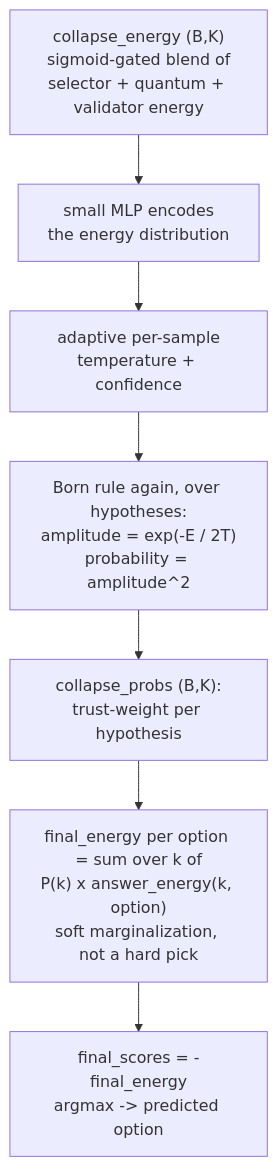
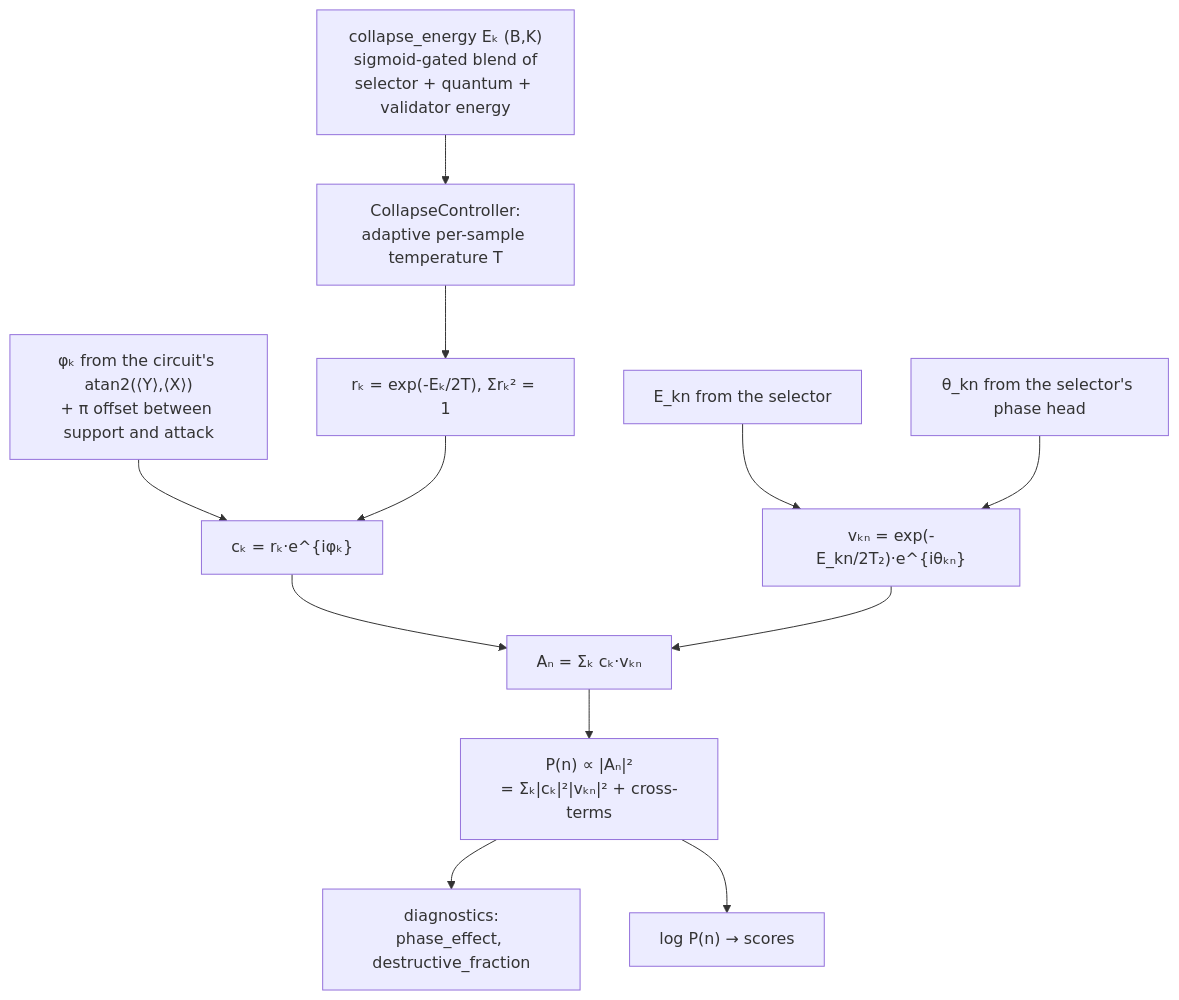
Before and after one commit to Thorfast191/qAIR-CSE499B: the sixth of 7 diagrams in README.md, drawn with Mermaid. The commit also changed other lines of this file and 25 other files, not shown here.

````diff
--- a/README.md
+++ b/README.md
@@ -390,9 +469,14 @@
 ```mermaid
 flowchart TD
-    CE["collapse_energy (B,K)<br/>sigmoid-gated blend of<br/>selector + quantum + validator energy"] --> ENC3["small MLP encodes<br/>the energy distribution"]
-    ENC3 --> TC["adaptive per-sample<br/>temperature + confidence"]
-    TC --> BORN2["Born rule again, over hypotheses:<br/>amplitude = exp(-E / 2T)<br/>probability = amplitude^2"]
-    BORN2 --> PROBS["collapse_probs (B,K):<br/>trust-weight per hypothesis"]
-    PROBS --> MARG2["final_energy per option = sum over k of<br/>P(k) x answer_energy(k, option)<br/>soft marginalization, not a hard pick"]
-    MARG2 --> ANSWER["final_scores = -final_energy<br/>argmax -> predicted option"]
+    CE["collapse_energy Eₖ (B,K)<br/>sigmoid-gated blend of<br/>selector + quantum + validator energy"] --> TC["CollapseController:<br/>adaptive per-sample temperature T"]
+    TC --> AMP["rₖ = exp(-Eₖ/2T), Σrₖ² = 1"]
+    PH["φₖ from the circuit's atan2(⟨Y⟩,⟨X⟩)<br/>+ π offset between support and attack"] --> CK["cₖ = rₖ·e^{iφₖ}"]
+    AMP --> CK
+    EKN["E_kn from the selector"] --> VKN["vₖₙ = exp(-E_kn/2T₂)·e^{iθₖₙ}"]
+    TH["θ_kn from the selector's phase head"] --> VKN
+    CK --> SUM["Aₙ = Σₖ cₖ·vₖₙ"]
+    VKN --> SUM
+    SUM --> PROB["P(n) ∝ |Aₙ|²<br/>= Σₖ|cₖ|²|vₖₙ|² + cross-terms"]
+    PROB --> DIAG["diagnostics:<br/>phase_effect, destructive_fraction"]
+    PROB --> ANSWER["log P(n) → scores"]
 ```
````
